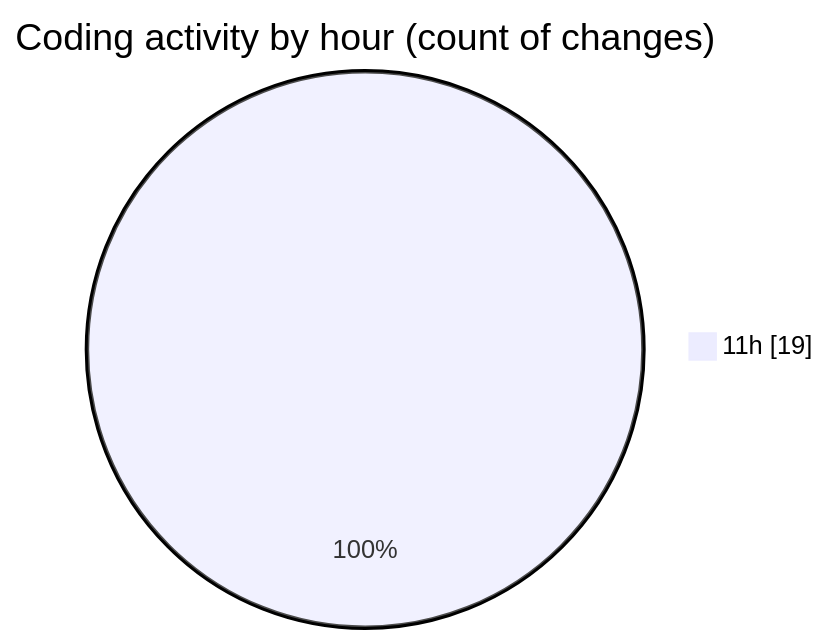
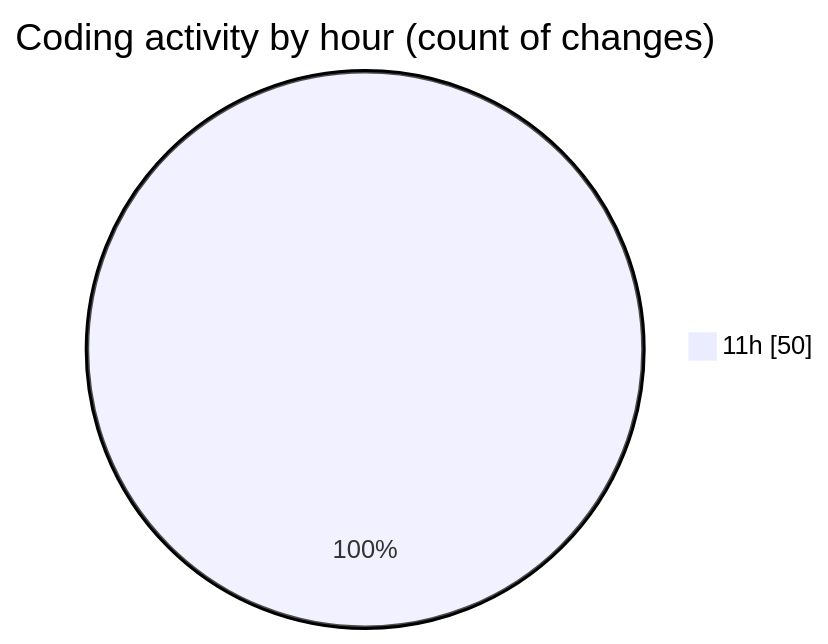
Before and after one commit to tmsrecording-cyber/code-tracking: the second of 2 diagrams in 2026-02-06/singularitybrainai/README.md, drawn with Mermaid. The commit also changed other lines of this file and 1 other file, not shown here.

````diff
--- a/2026-02-06/singularitybrainai/README.md
+++ b/2026-02-06/singularitybrainai/README.md
@@ -28,5 +30,5 @@
 ```mermaid
 pie showData
 title Coding activity by hour (count of changes)
-"11h" : 19
+"11h" : 50
 ```
````
